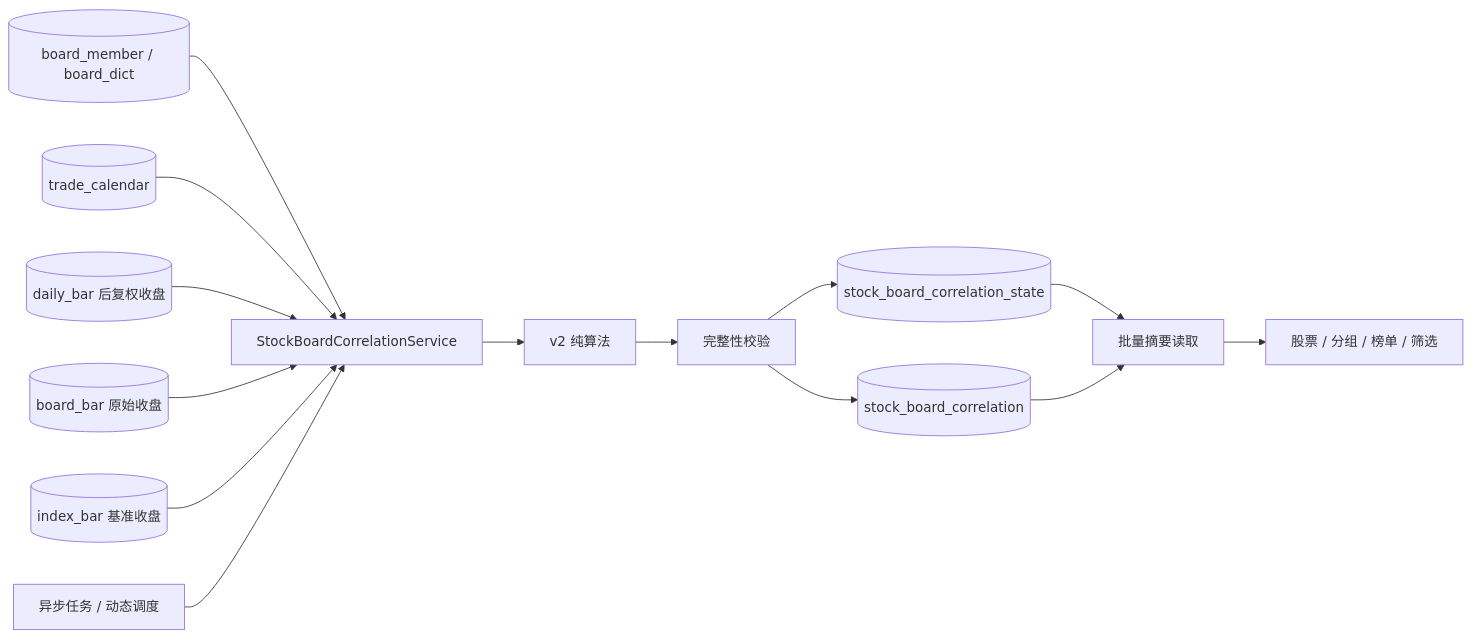
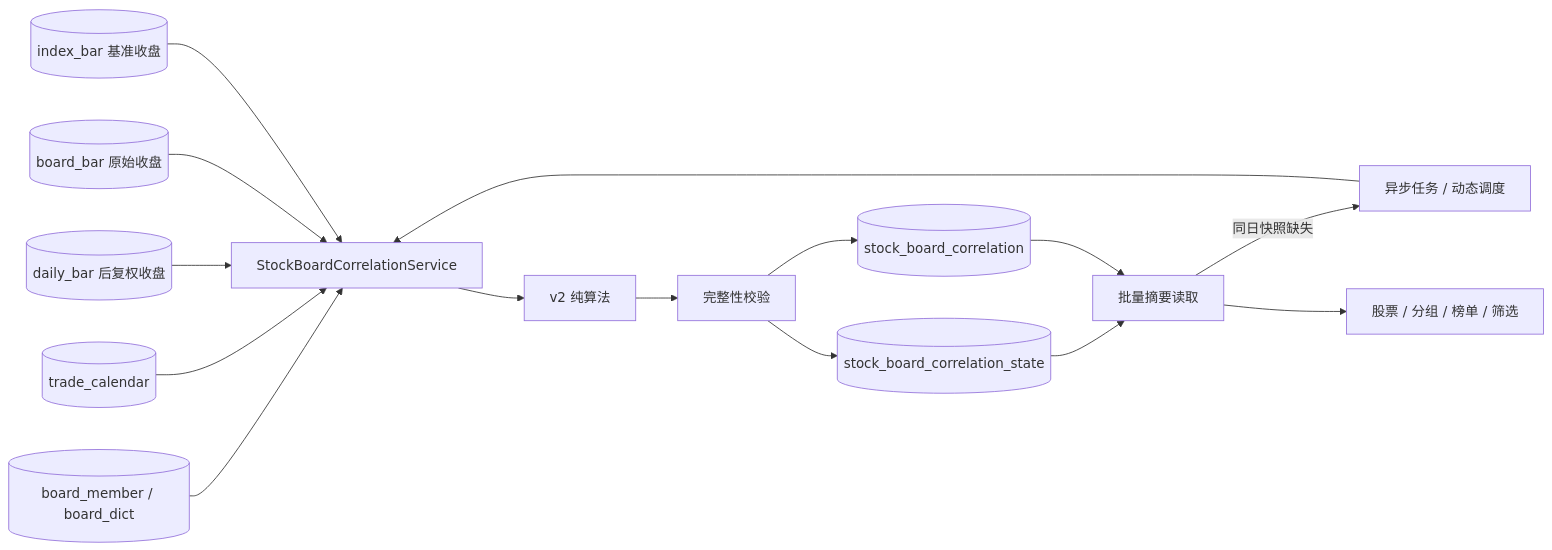
Before and after one commit to fulin-peng-ydxs/ai-stocks: the diagram in agent-works/architecture/stock-board-correlation.md, drawn with Mermaid. The commit also changed other lines of this file and 27 other files, not shown here.

````diff
--- a/agent-works/architecture/stock-board-correlation.md
+++ b/agent-works/architecture/stock-board-correlation.md
@@ -40,16 +40,17 @@
 ```mermaid
 flowchart LR
   BM[(board_member / board_dict)] --> SVC[StockBoardCorrelationService]
   CAL[(trade_calendar)] --> SVC
   STOCK[(daily_bar 后复权收盘)] --> SVC
   BOARD[(board_bar 原始收盘)] --> SVC
   INDEX[(index_bar 基准收盘)] --> SVC
   TASK[异步任务 / 动态调度] --> SVC
   SVC --> ALG[v2 纯算法]
   ALG --> CHECK[完整性校验]
   CHECK --> STATE[(stock_board_correlation_state)]
   CHECK --> WINNER[(stock_board_correlation)]
   STATE --> READ[批量摘要读取]
   WINNER --> READ
+  READ -->|同日快照缺失| TASK
   READ --> PAGES[股票 / 分组 / 榜单 / 筛选]
 ```
````
